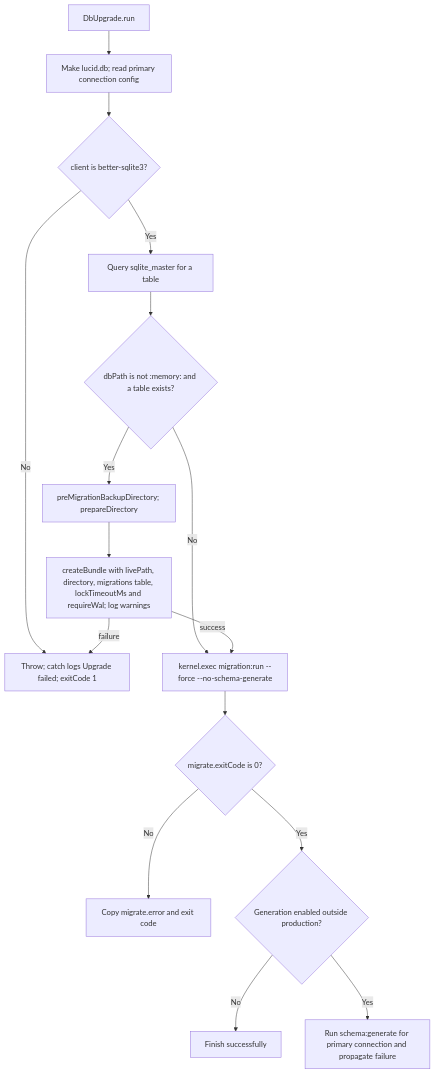
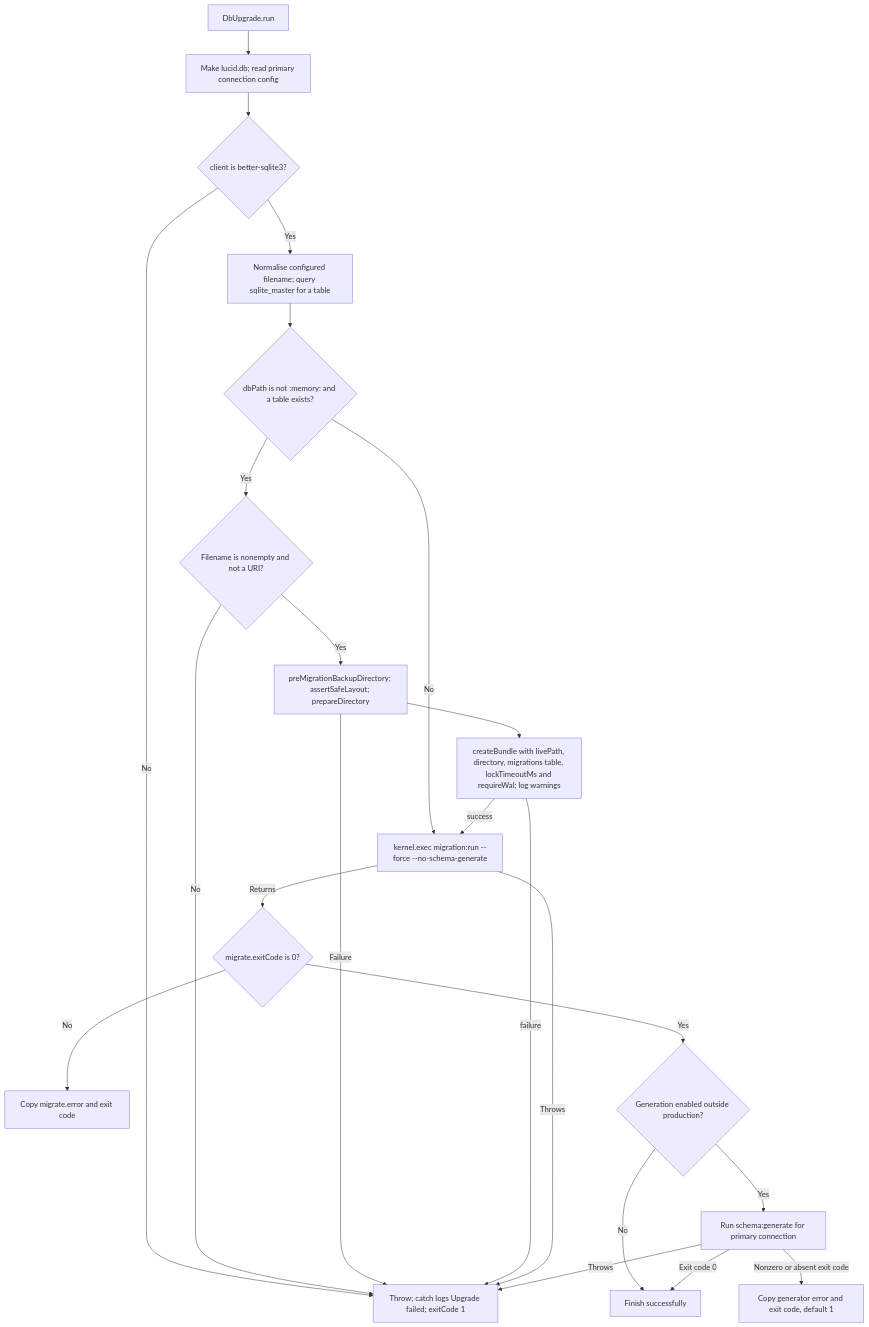
The second of 2 diagrams in user-stories/upgrade-database/us-op-06-upgrade-database.md (Kevinjohn/oss-adonisjs-sqlite-backup), drawn with Mermaid before and after one commit. The commit also changed other lines of this file and 9 other files, not shown here.

Commit message:
docs: verify user story paths and Mermaid flows against implementation

````diff
--- a/user-stories/upgrade-database/us-op-06-upgrade-database.md
+++ b/user-stories/upgrade-database/us-op-06-upgrade-database.md
@@ -47,18 +47,25 @@
 ```mermaid
 flowchart TD
     A["DbUpgrade.run"] --> B["Make lucid.db; read primary connection config"]
     B --> C{"client is better-sqlite3?"}
     C -->|No| X["Throw; catch logs Upgrade failed; exitCode 1"]
-    C -->|Yes| D["Query sqlite_master for a table"]
+    C -->|Yes| D["Normalise configured filename; query sqlite_master for a table"]
     D --> E{"dbPath is not :memory: and a table exists?"}
     E -->|No| H["kernel.exec migration:run --force --no-schema-generate"]
-    E -->|Yes| F["preMigrationBackupDirectory; prepareDirectory"]
+    E -->|Yes| F1{"Filename is nonempty and not a URI?"}
+    F1 -->|No| X
+    F1 -->|Yes| F["preMigrationBackupDirectory; assertSafeLayout; prepareDirectory"]
+    F -->|Failure| X
     F --> G["createBundle with livePath, directory, migrations table, lockTimeoutMs and requireWal; log warnings"]
     G -->|failure| X
     G -->|success| H
-    H --> I{"migrate.exitCode is 0?"}
+    H -->|Throws| X
+    H -->|Returns| I{"migrate.exitCode is 0?"}
     I -->|No| J["Copy migrate.error and exit code"]
     I -->|Yes| K{"Generation enabled outside production?"}
     K -->|No| L["Finish successfully"]
-    K -->|Yes| M["Run schema:generate for primary connection and propagate failure"]
+    K -->|Yes| M["Run schema:generate for primary connection"]
+    M -->|Throws| X
+    M -->|Nonzero or absent exit code| N["Copy generator error and exit code, default 1"]
+    M -->|Exit code 0| L
 ```
````
